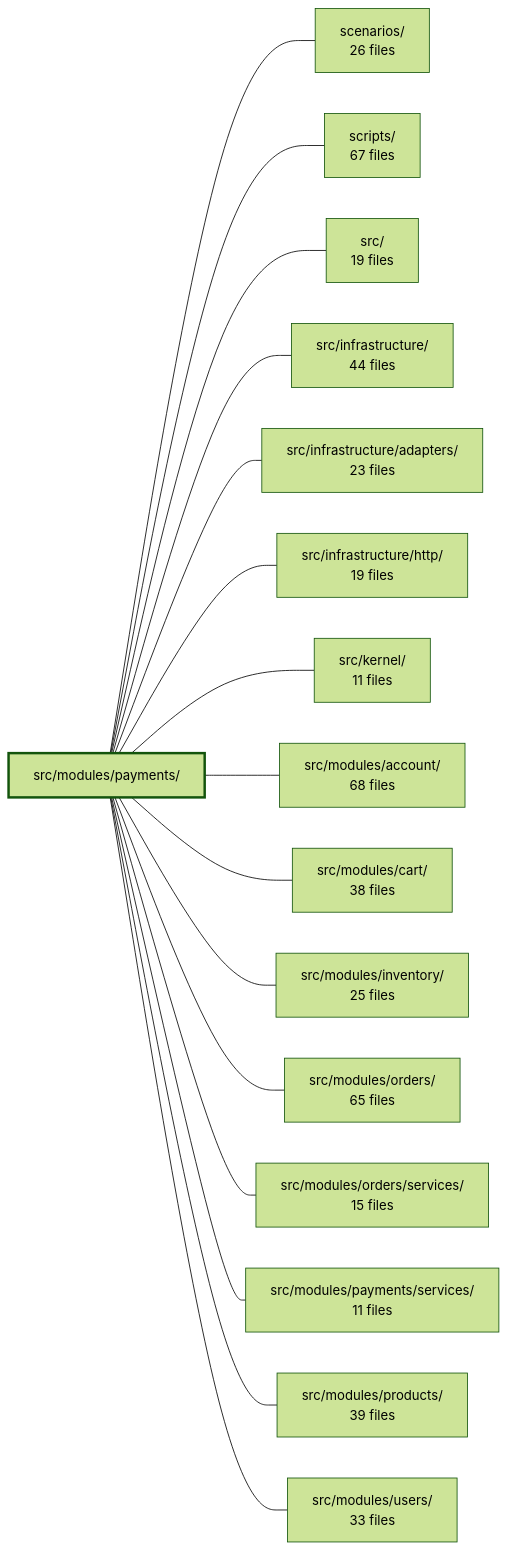
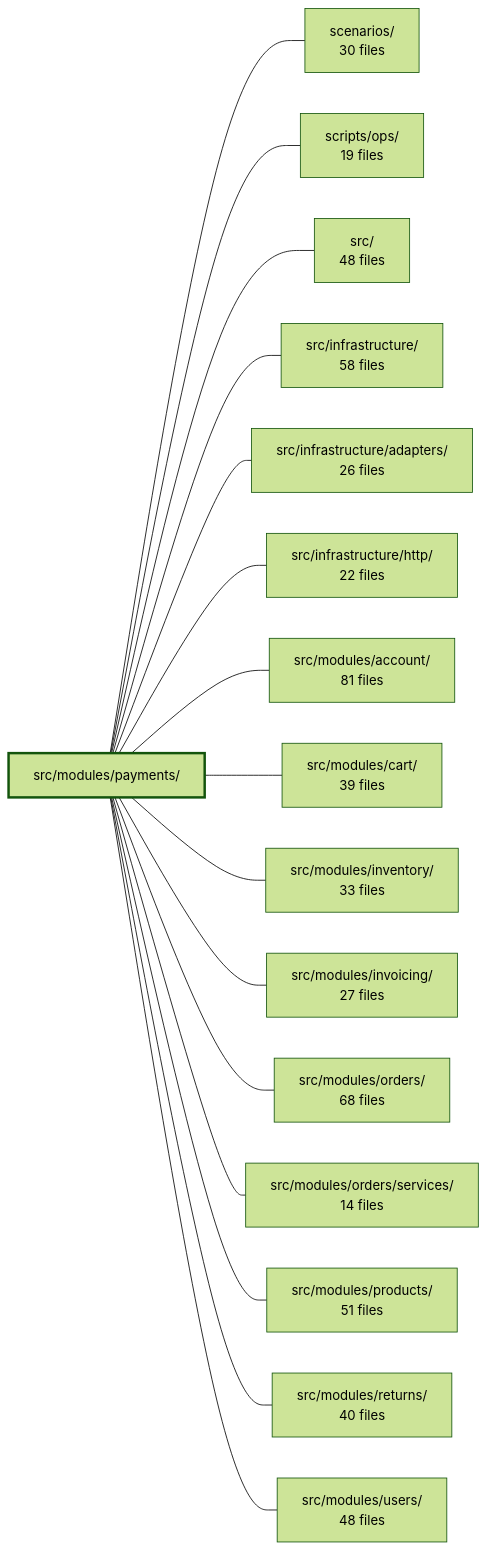
Before and after one commit to Guebbit/boilerplate-node-backend: the diagram in .2brain/modules/boilerplate-node-backend_src_modules_payments.md, drawn with Mermaid (forest theme). The commit also changed other lines of this file and 187 other files, not shown here.

````diff
--- a/.2brain/modules/boilerplate-node-backend_src_modules_payments.md
+++ b/.2brain/modules/boilerplate-node-backend_src_modules_payments.md
@@ -44,35 +43,35 @@
 ```mermaid
 flowchart LR
     m_src_modules_payments["src/modules/payments/"]
-    m_scenarios["scenarios/<br/>26 files"]
-    m_scripts["scripts/<br/>67 files"]
-    m_src["src/<br/>19 files"]
-    m_src_infrastructure["src/infrastructure/<br/>44 files"]
-    m_src_infrastructure_adapters["src/infrastructure/adapters/<br/>23 files"]
-    m_src_infrastructure_http["src/infrastructure/http/<br/>19 files"]
-    m_src_kernel["src/kernel/<br/>11 files"]
-    m_src_modules_account["src/modules/account/<br/>68 files"]
-    m_src_modules_cart["src/modules/cart/<br/>38 files"]
-    m_src_modules_inventory["src/modules/inventory/<br/>25 files"]
-    m_src_modules_orders["src/modules/orders/<br/>65 files"]
-    m_src_modules_orders_services["src/modules/orders/services/<br/>15 files"]
-    m_src_modules_payments_services["src/modules/payments/services/<br/>11 files"]
-    m_src_modules_products["src/modules/products/<br/>39 files"]
-    m_src_modules_users["src/modules/users/<br/>33 files"]
+    m_scenarios["scenarios/<br/>30 files"]
+    m_scripts_ops["scripts/ops/<br/>19 files"]
+    m_src["src/<br/>48 files"]
+    m_src_infrastructure["src/infrastructure/<br/>58 files"]
+    m_src_infrastructure_adapters["src/infrastructure/adapters/<br/>26 files"]
+    m_src_infrastructure_http["src/infrastructure/http/<br/>22 files"]
+    m_src_modules_account["src/modules/account/<br/>81 files"]
+    m_src_modules_cart["src/modules/cart/<br/>39 files"]
+    m_src_modules_inventory["src/modules/inventory/<br/>33 files"]
+    m_src_modules_invoicing["src/modules/invoicing/<br/>27 files"]
+    m_src_modules_orders["src/modules/orders/<br/>68 files"]
+    m_src_modules_orders_services["src/modules/orders/services/<br/>14 files"]
+    m_src_modules_products["src/modules/products/<br/>51 files"]
+    m_src_modules_returns["src/modules/returns/<br/>40 files"]
+    m_src_modules_users["src/modules/users/<br/>48 files"]
     m_src_modules_payments --- m_scenarios
-    m_src_modules_payments --- m_scripts
+    m_src_modules_payments --- m_scripts_ops
     m_src_modules_payments --- m_src
     m_src_modules_payments --- m_src_infrastructure
     m_src_modules_payments --- m_src_infrastructure_adapters
     m_src_modules_payments --- m_src_infrastructure_http
-    m_src_modules_payments --- m_src_kernel
     m_src_modules_payments --- m_src_modules_account
     m_src_modules_payments --- m_src_modules_cart
     m_src_modules_payments --- m_src_modules_inventory
+    m_src_modules_payments --- m_src_modules_invoicing
     m_src_modules_payments --- m_src_modules_orders
     m_src_modules_payments --- m_src_modules_orders_services
-    m_src_modules_payments --- m_src_modules_payments_services
     m_src_modules_payments --- m_src_modules_products
+    m_src_modules_payments --- m_src_modules_returns
     m_src_modules_payments --- m_src_modules_users
     style m_src_modules_payments stroke-width:3px
 ```
````
